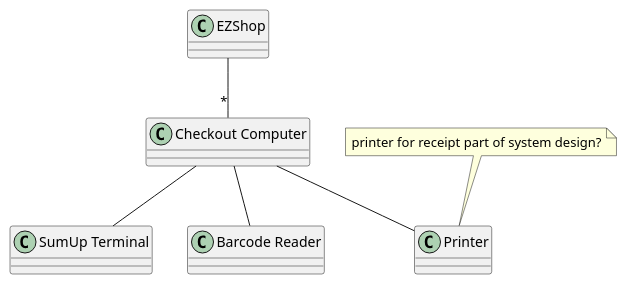
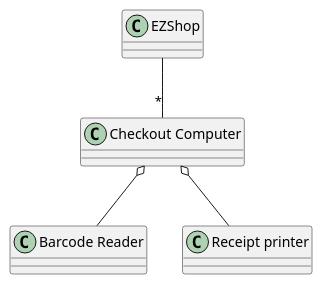
The tenth of 11 diagrams in Deliverables/RequirementsDocument.md (polito-se2-21-r03/se1-ezshop), drawn with PlantUML before and after one commit. The commit also changed other lines of this file, not shown here.

````diff
--- a/Deliverables/RequirementsDocument.md
+++ b/Deliverables/RequirementsDocument.md
@@ -1253,15 +1245,10 @@
 ```plantuml
 class EZShop
 class "Checkout Computer" as c
-class "SumUp Terminal" as s
 class "Barcode Reader" as b
-class Printer
-
-note "printer for receipt part of system design?" as N1
-N1 .. Printer
+class "Receipt printer" as p
 
 EZShop -- "*" c
-c -- s
-c -- b
-c -- Printer
+c o-- b
+c o-- p
 ```
````
